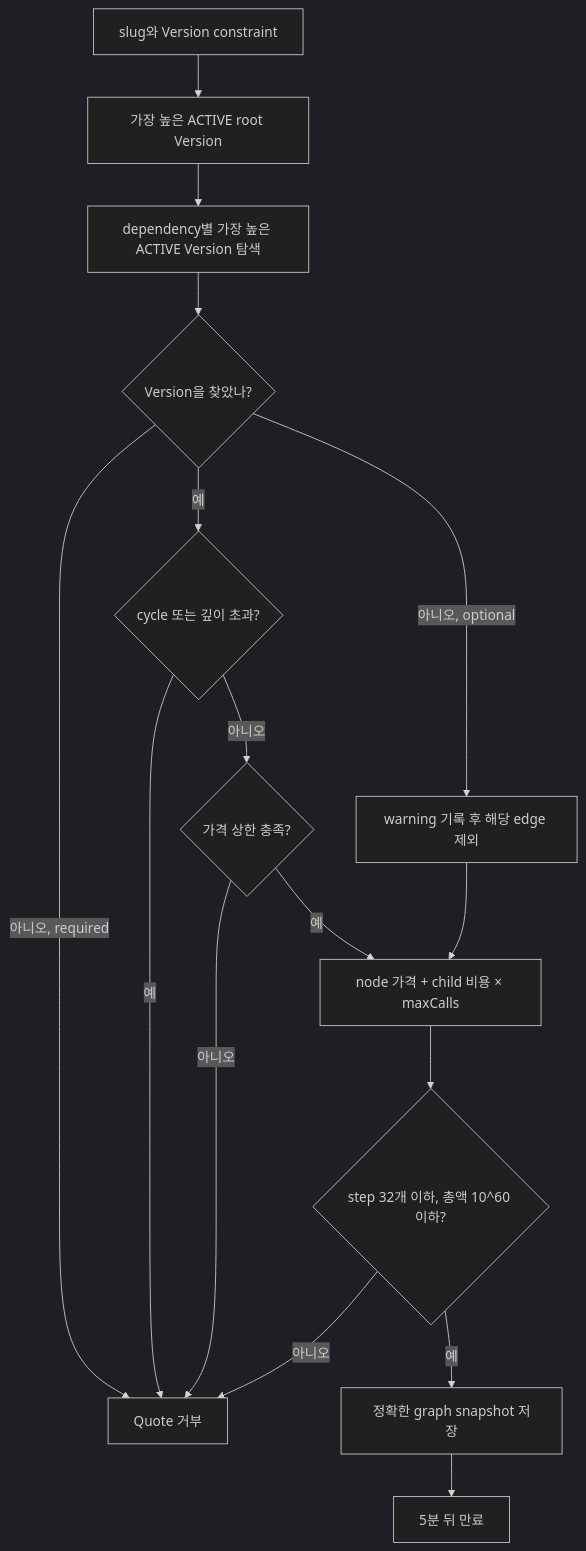
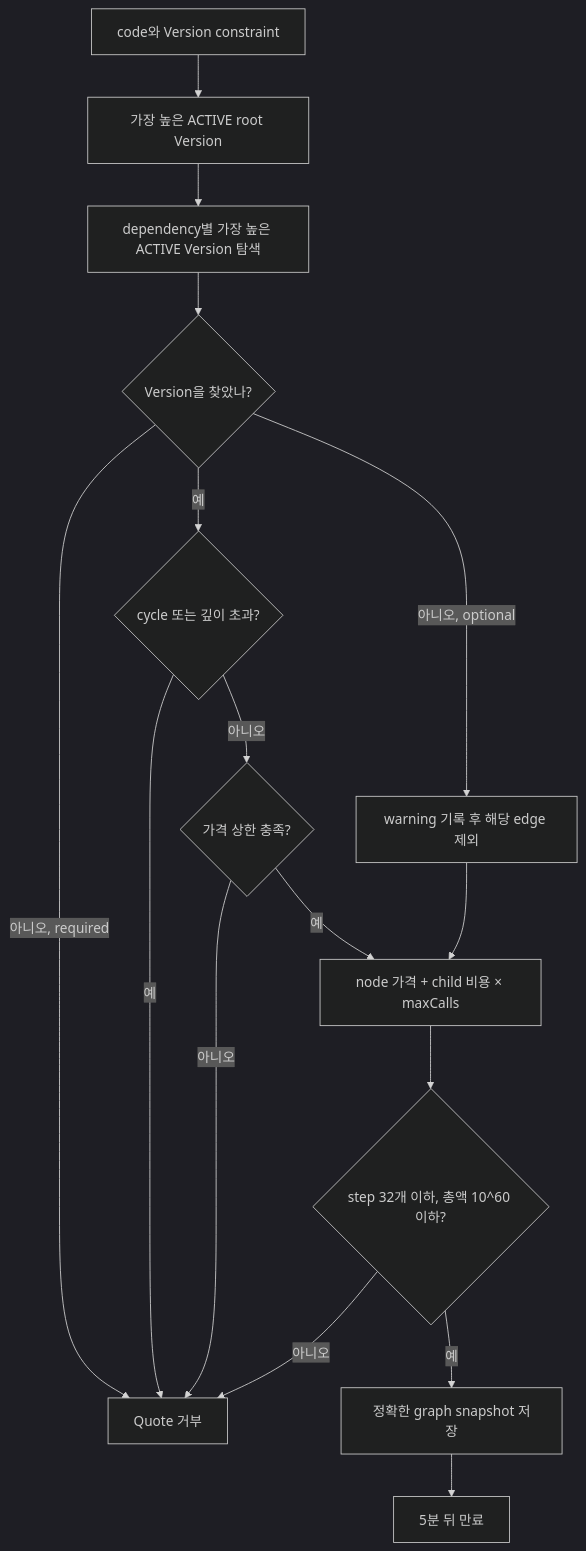
One commit to rdme0/agent-store-be changed the fourth of 6 diagrams in README.md. Above: the diagram before and after it, drawn with Mermaid (dark theme). The commit also changed other lines of this file and 2 other files, not shown here.

````diff
--- a/README.md
+++ b/README.md
@@ -104,18 +107,18 @@
 ```mermaid
 flowchart TD
-    Start["slug와 Version constraint"] --> Root["가장 높은 ACTIVE root Version"]
+    Start["code와 Version constraint"] --> Root["가장 높은 ACTIVE root Version"]
     Root --> Resolve["dependency별 가장 높은 ACTIVE Version 탐색"]
     Resolve --> Found{"Version을 찾았나?"}
     Found -->|아니오, required| Reject["Quote 거부"]
     Found -->|아니오, optional| Warn["warning 기록 후 해당 edge 제외"]
     Found -->|예| Cycle{"cycle 또는 깊이 초과?"}
     Cycle -->|예| Reject["Quote 거부"]
     Cycle -->|아니오| Limit{"가격 상한 충족?"}
     Limit -->|아니오| Reject
     Limit -->|예| Cost["node 가격 + child 비용 × maxCalls"]
     Warn --> Cost
     Cost --> Guard{"step 32개 이하, 총액 10^60 이하?"}
     Guard -->|아니오| Reject
     Guard -->|예| Snapshot["정확한 graph snapshot 저장"]
     Snapshot --> Expiry["5분 뒤 만료"]
 ```
````
